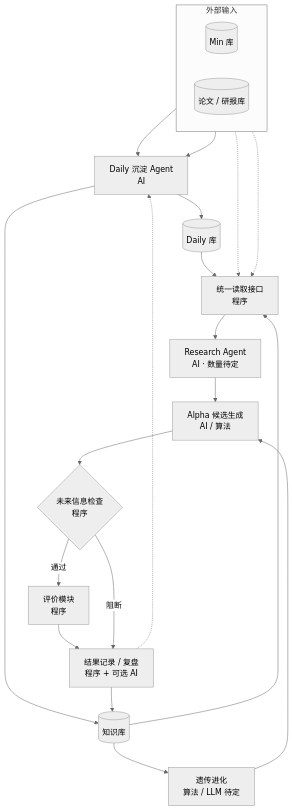
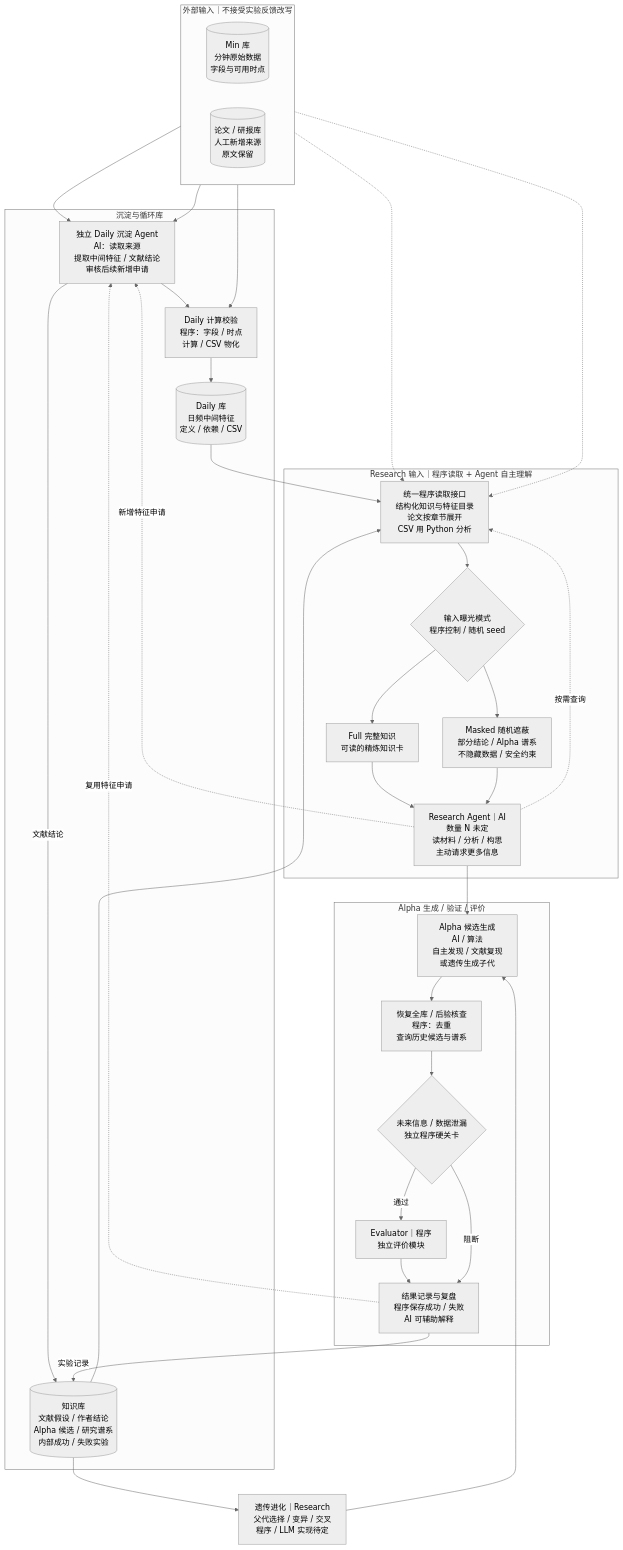
Before and after one commit to epshoron/JXwork: the diagram in architecture/research_loop_inputs_draft/README.md, drawn with Mermaid (neutral theme). The commit also changed other lines of this file, not shown here.

Commit message:
docs(research): restore complete flow and add explicit line breaks to prevent clipped Mermaid labels

````diff
--- a/architecture/research_loop_inputs_draft/README.md
+++ b/architecture/research_loop_inputs_draft/README.md
@@ -7,38 +7,57 @@
 ```mermaid
 flowchart TB
-    subgraph SOURCE["外部输入"]
+    subgraph SOURCE["外部输入｜不接受实验反馈改写"]
         direction LR
-        M[("Min 库")]
-        P[("论文 / 研报库")]
+        MIN[("Min 库<br/>分钟原始数据<br/>字段与可用时点")]
+        PAPER[("论文 / 研报库<br/>人工新增来源<br/>原文保留")]
     end
 
-    CA["Daily 沉淀 Agent<br/>AI"]
-    D[("Daily 库")]
-    K[("知识库")]
+    subgraph PERSIST["沉淀与循环库"]
+        CUR["独立 Daily 沉淀 Agent<br/>AI：读取来源<br/>提取中间特征 / 文献结论<br/>审核后续新增申请"]
+        CALC["Daily 计算校验<br/>程序：字段 / 时点<br/>计算 / CSV 物化"]
+        DAILY[("Daily 库<br/>日频中间特征<br/>定义 / 依赖 / CSV")]
+        KNOW[("知识库<br/>文献假设 / 作者结论<br/>Alpha 候选 / 研究谱系<br/>内部成功 / 失败实验")]
+        CUR --> CALC --> DAILY
+        CUR -- "文献结论" --> KNOW
+    end
 
-    UI["统一读取接口<br/>程序"]
-    RA["Research Agent<br/>AI · 数量待定"]
-    F["Alpha 候选生成<br/>AI / 算法"]
-    L{"未来信息检查<br/>程序"}
-    EV["评价模块<br/>程序"]
-    REC["结果记录 / 复盘<br/>程序 + 可选 AI"]
-    GA["遗传进化<br/>算法 / LLM 待定"]
+    MIN --> CUR
+    PAPER --> CUR
+    MIN --> CALC
 
-    M --> CA
-    P --> CA
-    CA --> D
-    CA --> K
+    subgraph INPUT["Research 输入｜程序读取 + Agent 自主理解"]
+        READ["统一程序读取接口<br/>结构化知识与特征目录<br/>论文按章节展开<br/>CSV 用 Python 分析"]
+        MODE{"输入曝光模式<br/>程序控制 / 随机 seed"}
+        FULL["Full 完整知识<br/>可读的精炼知识卡"]
+        MASK["Masked 随机遮蔽<br/>部分结论 / Alpha 谱系<br/>不隐藏数据 / 安全约束"]
+        RA["Research Agent｜AI<br/>数量 N 未定<br/>读材料 / 分析 / 构思<br/>主动请求更多信息"]
+        READ --> MODE
+        MODE --> FULL --> RA
+        MODE --> MASK --> RA
+    end
 
-    M -.-> UI
-    P -.-> UI
-    D --> UI
-    K --> UI
+    MIN -.-> READ
+    PAPER -.-> READ
+    DAILY --> READ
+    KNOW --> READ
+    RA -. "按需查询" .-> READ
+    RA -. "新增特征申请" .-> CUR
 
-    UI --> RA --> F --> L
-    L -- 通过 --> EV --> REC
-    L -- 阻断 --> REC
+    subgraph CANDIDATE["Alpha 生成 / 验证 / 评价"]
+        GEN["Alpha 候选生成<br/>AI / 算法<br/>自主发现 / 文献复现<br/>或遗传生成子代"]
+        AUDIT["恢复全库 / 后验核查<br/>程序：去重<br/>查询历史候选与谱系"]
+        LEAK{"未来信息 / 数据泄漏<br/>独立程序硬关卡"}
+        EVAL["Evaluator｜程序<br/>独立评价模块"]
+        RECORD["结果记录与复盘<br/>程序保存成功 / 失败<br/>AI 可辅助解释"]
+        GEN --> AUDIT --> LEAK
+        LEAK -- "通过" --> EVAL --> RECORD
+        LEAK -- "阻断" --> RECORD
+    end
 
-    REC --> K
-    REC -.-> CA
-    K --> GA --> F
+    RA --> GEN
+
+    GA["遗传进化｜Research<br/>父代选择 / 变异 / 交叉<br/>程序 / LLM 实现待定"]
+    RECORD -- "实验记录" --> KNOW
+    RECORD -. "复用特征申请" .-> CUR
+    KNOW --> GA --> GEN
 ```
````
